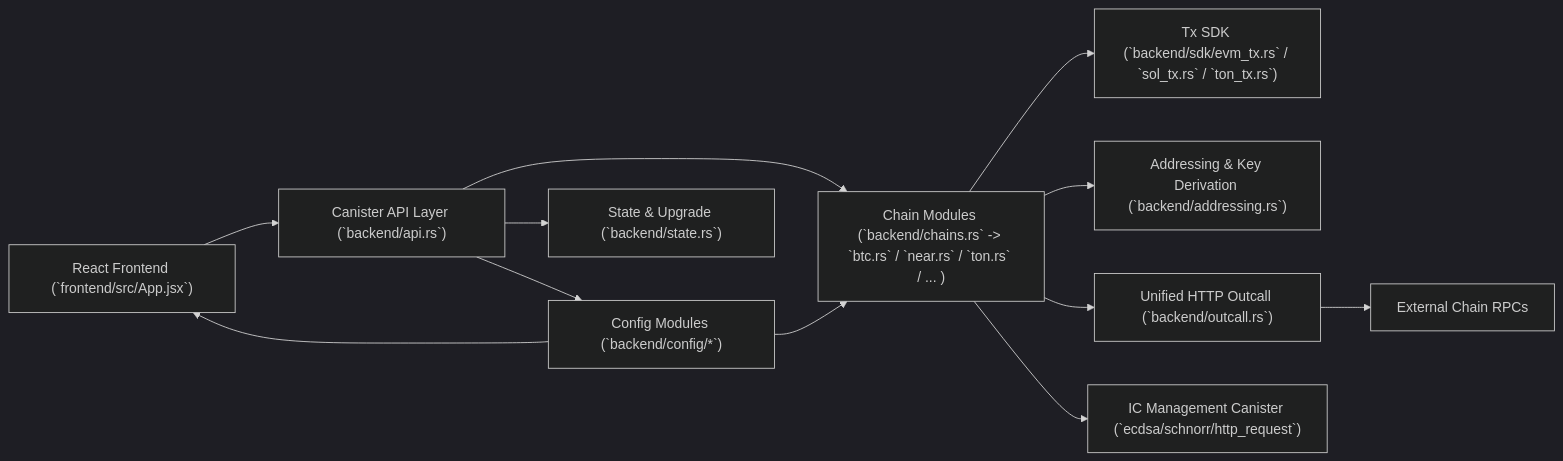
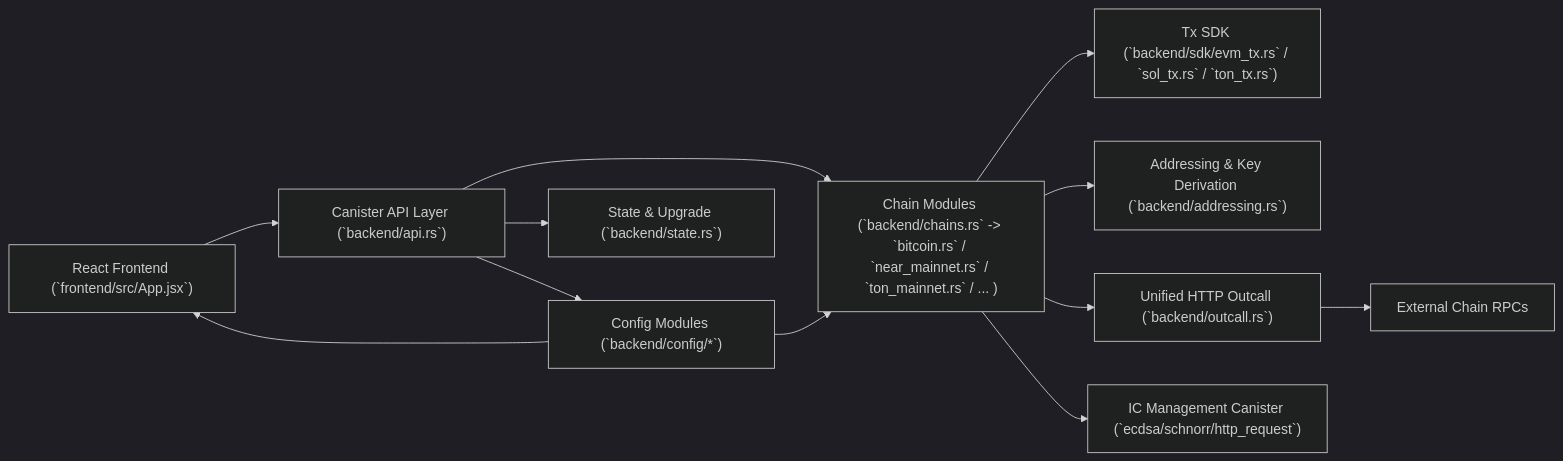
The diagram in README.md (codingic/rust-canister-wallet-for-agent), drawn with Mermaid (dark theme) before and after one commit. The commit also changed other lines of this file and 32 other files, not shown here.

````diff
--- a/README.md
+++ b/README.md
@@ -13,16 +13,16 @@
 ```mermaid
 flowchart LR
     UI["React Frontend (`frontend/src/App.jsx`)"] --> API["Canister API Layer (`backend/api.rs`)"]
-    API --> CHAINS["Chain Modules (`backend/chains.rs` -> `btc.rs` / `near.rs` / `ton.rs` / ... )"]
+    API --> CHAINS["Chain Modules (`backend/chains.rs` -> `bitcoin.rs` / `near_mainnet.rs` / `ton_mainnet.rs` / ... )"]
     API --> CONFIG["Config Modules (`backend/config/*`)"]
     API --> STATE["State & Upgrade (`backend/state.rs`)"]
 
     CHAINS --> SDK["Tx SDK (`backend/sdk/evm_tx.rs` / `sol_tx.rs` / `ton_tx.rs`)"]
     CHAINS --> ADDR["Addressing & Key Derivation (`backend/addressing.rs`)"]
     CHAINS --> OUTCALL["Unified HTTP Outcall (`backend/outcall.rs`)"]
     OUTCALL --> RPC["External Chain RPCs"]
     CHAINS --> MGMT["IC Management Canister (`ecdsa/schnorr/http_request`)"]
 
     CONFIG --> UI
     CONFIG --> CHAINS
 ```
````
